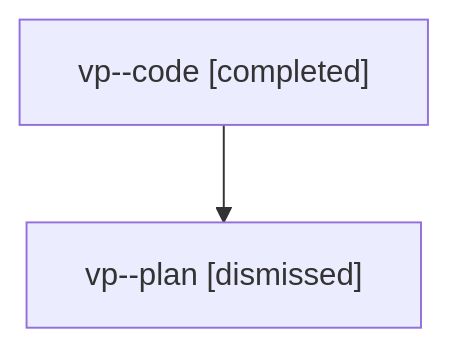
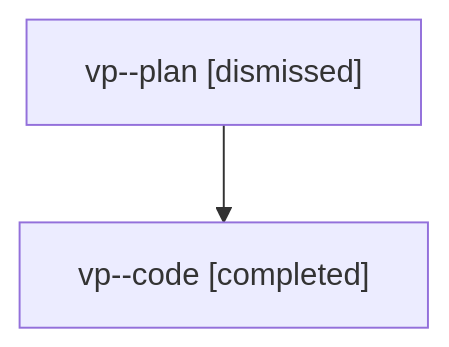
Before and after one commit to sase-org/sase--agents: the diagram in families/bbugyi200.athena.vp.md, drawn with Mermaid. The commit also changed 1475 other files, not shown here.

````diff
--- a/families/bbugyi200.athena.vp.md
+++ b/families/bbugyi200.athena.vp.md
@@ -9,6 +9,6 @@
 ```mermaid
 flowchart TD
-  n0["vp--code [completed]"]
-  n1["vp--plan [dismissed]"]
+  n0["vp--plan [dismissed]"]
+  n1["vp--code [completed]"]
   n0 --> n1
 ```
````
